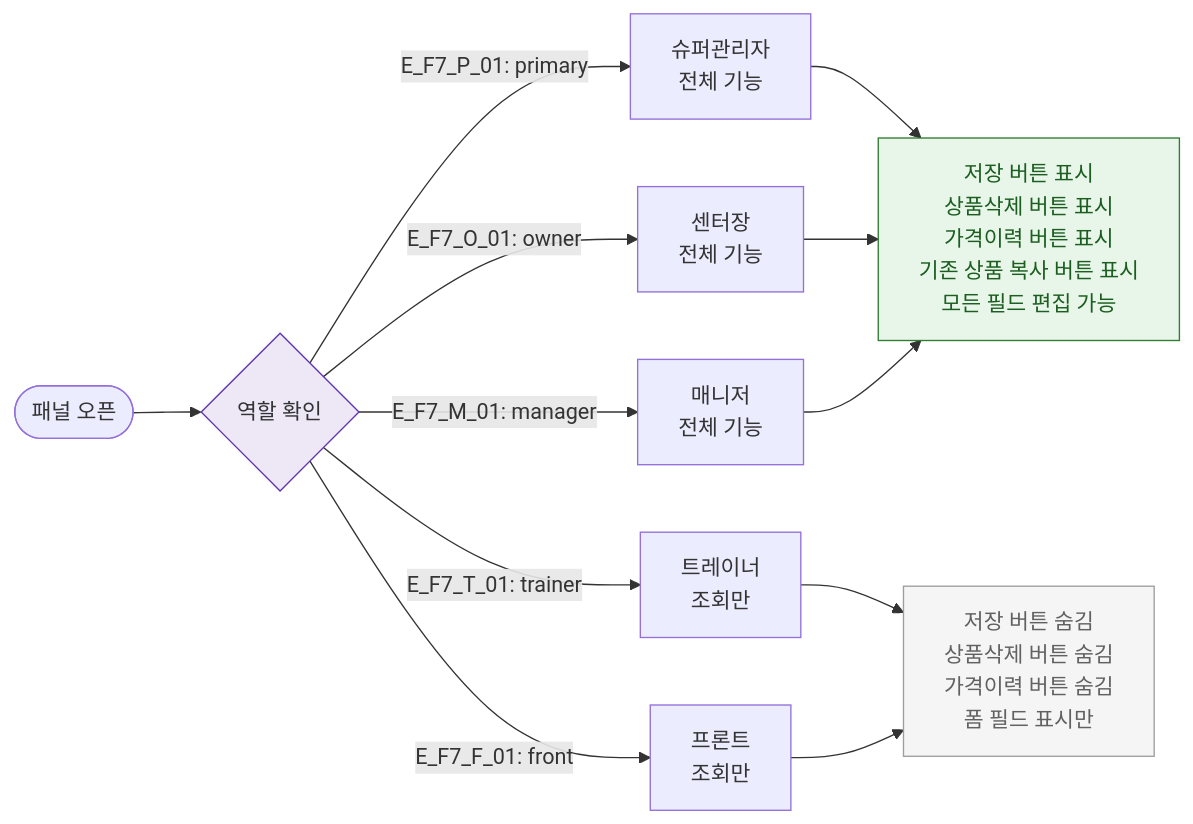
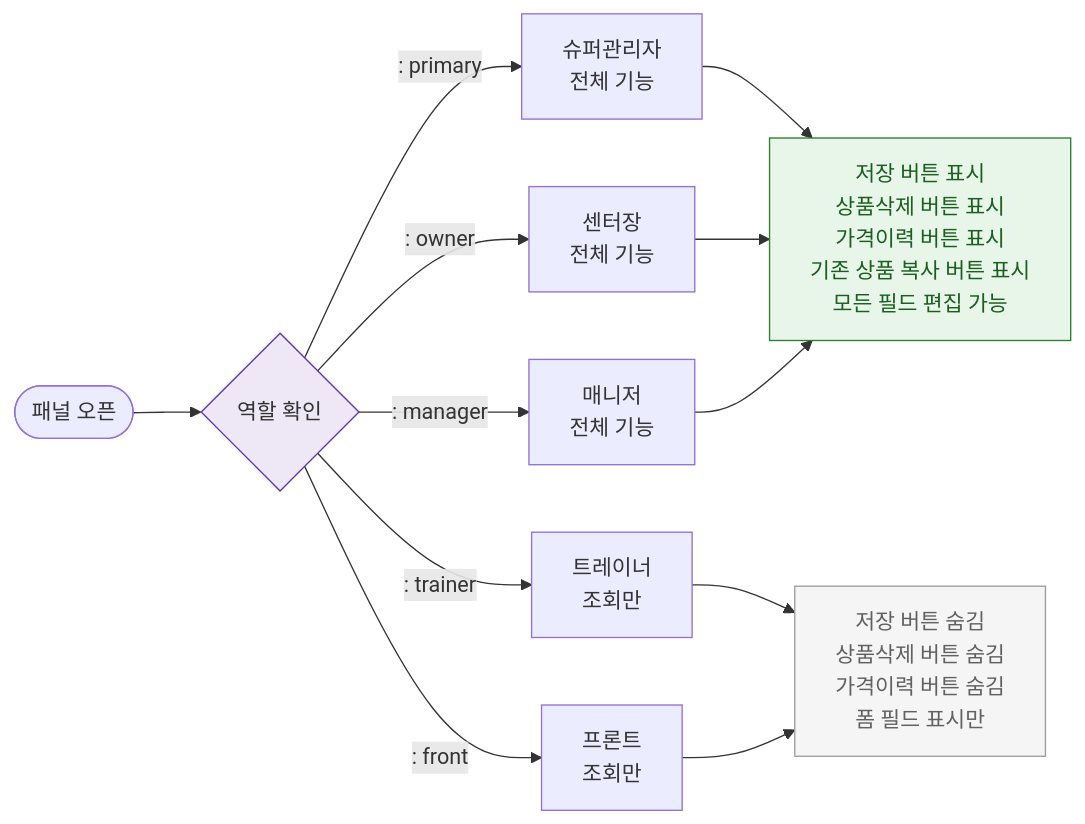
One commit to dev-spogym/admin-pando changed the diagram in docs/다이어그램/D05_상품관리/SCR-P003_상품상세패널/F7_권한RBAC.md. Above: the diagram before and after it, drawn with Mermaid. The commit also changed other lines of this file and 1660 other files, not shown here.

First line of the commit message:
다이어그램: 기획자/클라이언트 납품본으로 정리

````diff
--- a/docs/다이어그램/D05_상품관리/SCR-P003_상품상세패널/F7_권한RBAC.md
+++ b/docs/다이어그램/D05_상품관리/SCR-P003_상품상세패널/F7_권한RBAC.md
@@ -16,21 +14,21 @@
 ```mermaid
 flowchart LR
     OPEN([패널 오픈]) --> RoleCheck{역할 확인}
 
-    RoleCheck -->|"E_F7_P_01: primary"| P[슈퍼관리자\n전체 기능]
-    RoleCheck -->|"E_F7_O_01: owner"| O[센터장\n전체 기능]
-    RoleCheck -->|"E_F7_M_01: manager"| M[매니저\n전체 기능]
-    RoleCheck -->|"E_F7_T_01: trainer"| T[트레이너\n조회만]
-    RoleCheck -->|"E_F7_F_01: front"| F[프론트\n조회만]
+    RoleCheck -->|": primary"|P[슈퍼관리자\n전체 기능]
+    RoleCheck -->|": owner"|O[센터장\n전체 기능]
+    RoleCheck -->|": manager"|M[매니저\n전체 기능]
+    RoleCheck -->|": trainer"|T[트레이너\n조회만]
+    RoleCheck -->|": front"|F[프론트\n조회만]
 
     P & O & M --> FullAccess[저장 버튼 표시\n상품삭제 버튼 표시\n가격이력 버튼 표시\n기존 상품 복사 버튼 표시\n모든 필드 편집 가능]
 
     T & F --> ReadAccess[저장 버튼 숨김\n상품삭제 버튼 숨김\n가격이력 버튼 숨김\n폼 필드 표시만]
 
     classDef success fill:#E8F5E9,stroke:#2E7D32,color:#1B5E20
     classDef rbacBlocked fill:#F5F5F5,stroke:#9E9E9E,color:#616161
     classDef system fill:#EDE7F6,stroke:#5E35B2
     class FullAccess success
     class ReadAccess rbacBlocked
     class RoleCheck system
 ```
````
